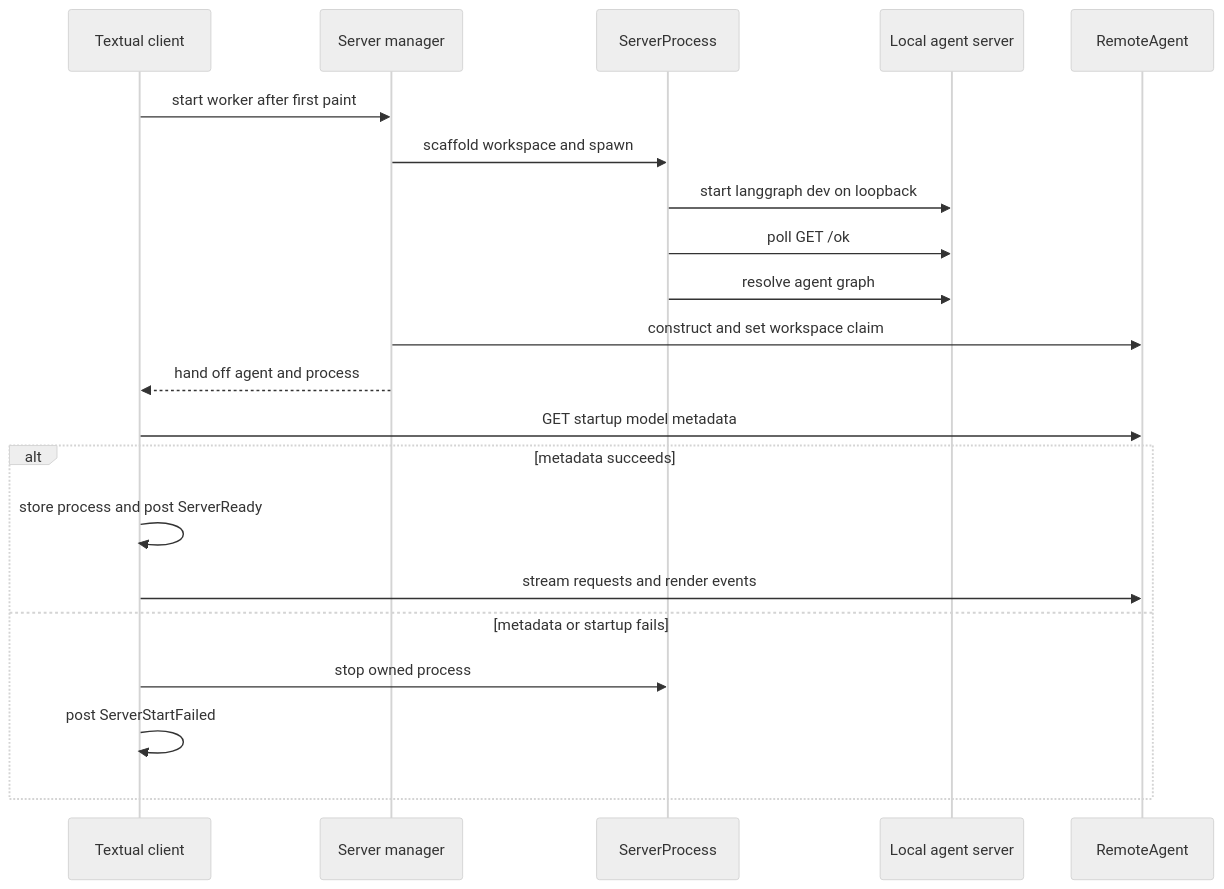
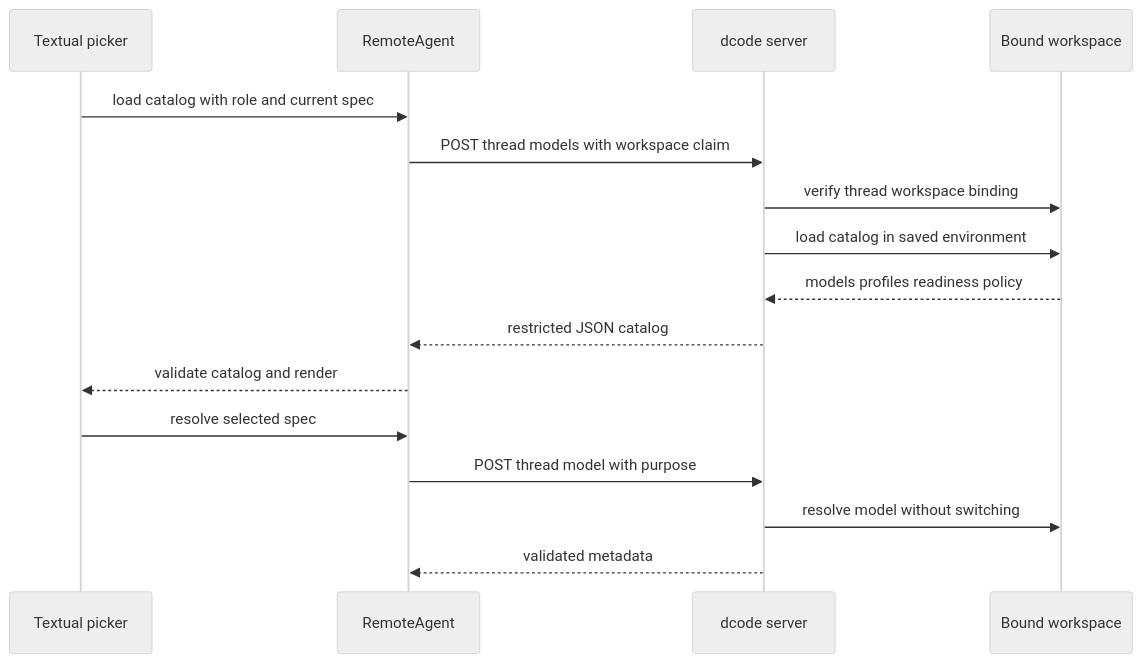
Before and after one commit to langchain-ai/deepagents: the diagram in openwiki/architecture/code-agent.md, drawn with Mermaid (neutral theme). The commit also changed other lines of this file and 14 other files, not shown here.

````diff
--- a/openwiki/architecture/code-agent.md
+++ b/openwiki/architecture/code-agent.md
@@ -78,23 +60,18 @@
 ```mermaid
 sequenceDiagram
-    participant Client as Textual client
-    participant Manager as Server manager
-    participant Process as ServerProcess
-    participant Server as Local agent server
-    participant Remote as RemoteAgent
-    Client->>Manager: start worker after first paint
-    Manager->>Process: scaffold workspace and spawn
-    Process->>Server: start langgraph dev on loopback
-    Process->>Server: poll GET /ok
-    Process->>Server: resolve agent graph
-    Manager->>Remote: construct and set workspace claim
-    Manager-->>Client: hand off agent and process
-    Client->>Remote: GET startup model metadata
-    alt metadata succeeds
-        Client->>Client: store process and post ServerReady
-        Client->>Remote: stream requests and render events
-    else metadata or startup fails
-        Client->>Process: stop owned process
-        Client->>Client: post ServerStartFailed
-    end
+    participant Picker as Textual picker
+    participant Client as RemoteAgent
+    participant Server as dcode server
+    participant Workspace as Bound workspace
+    Picker->>Client: load catalog with role and current spec
+    Client->>Server: POST thread models with workspace claim
+    Server->>Workspace: verify thread workspace binding
+    Server->>Workspace: load catalog in saved environment
+    Workspace-->>Server: models profiles readiness policy
+    Server-->>Client: restricted JSON catalog
+    Client-->>Picker: validate catalog and render
+    Picker->>Client: resolve selected spec
+    Client->>Server: POST thread model with purpose
+    Server->>Workspace: resolve model without switching
+    Server-->>Client: validated metadata
 ```
````
